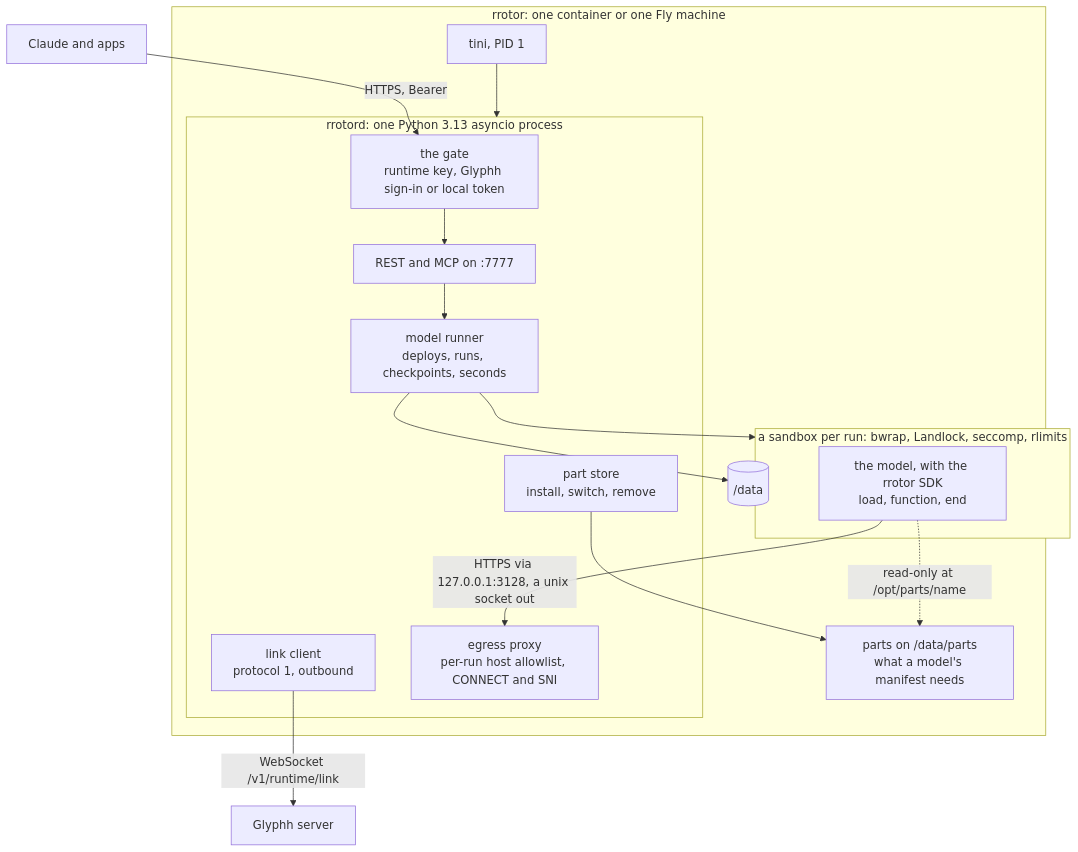
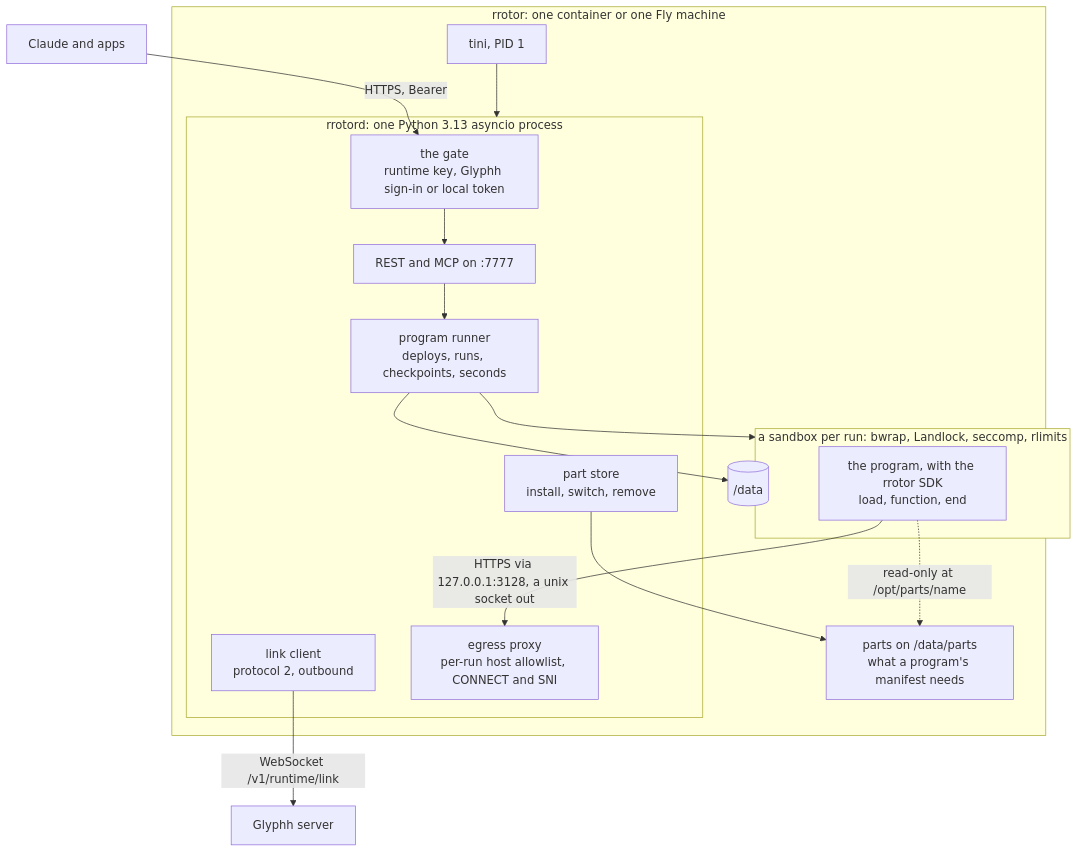
The fourth of 5 diagrams in docs/architecture.md (glyphh-ai/rrotor), drawn with Mermaid before and after one commit. The commit also changed other lines of this file and 98 other files, not shown here.

First line of the commit message:
Rename model back to program: rrotor runs programs, never Ada models

````diff
--- a/docs/architecture.md
+++ b/docs/architecture.md
@@ -170,29 +170,29 @@
 ```mermaid
 flowchart TB
     subgraph R["rrotor: one container or one Fly machine"]
         Tini["tini, PID 1"]
         subgraph D["rrotord: one Python 3.13 asyncio process"]
             Gate["the gate<br/>runtime key, Glyphh sign-in or local token"]
             API["REST and MCP on :7777"]
-            Link["link client<br/>protocol 1, outbound"]
-            Runner["model runner<br/>deploys, runs, checkpoints, seconds"]
+            Link["link client<br/>protocol 2, outbound"]
+            Runner["program runner<br/>deploys, runs, checkpoints, seconds"]
             Proxy["egress proxy<br/>per-run host allowlist, CONNECT and SNI"]
             Parts["part store<br/>install, switch, remove"]
         end
         subgraph S["a sandbox per run: bwrap, Landlock, seccomp, rlimits"]
-            Model["the model, with the rrotor SDK<br/>load, function, end"]
+            Program["the program, with the rrotor SDK<br/>load, function, end"]
         end
-        Installed["parts on /data/parts<br/>what a model's manifest needs"]
+        Installed["parts on /data/parts<br/>what a program's manifest needs"]
         Data[("/data")]
         Tini --> D
         Gate --> API
         API --> Runner
         Runner --> S
         Parts --> Installed
-        Model -- "HTTPS via 127.0.0.1:3128, a unix socket out" --> Proxy
-        Model -. "read-only at /opt/parts/name" .-> Installed
+        Program -- "HTTPS via 127.0.0.1:3128, a unix socket out" --> Proxy
+        Program -. "read-only at /opt/parts/name" .-> Installed
         Runner --> Data
     end
     Callers["Claude and apps"] -- "HTTPS, Bearer" --> Gate
     Link -- "WebSocket /v1/runtime/link" --> Server["Glyphh server"]
 ```
````
